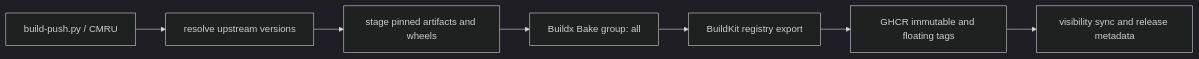
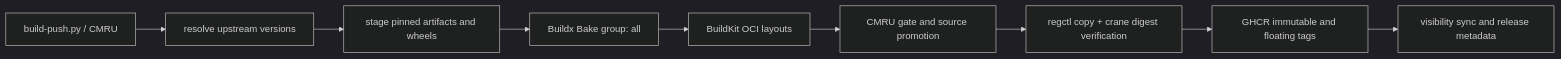
The first of 2 diagrams in modern-debian-tools-python-debug/docs/BUILD-ARCHITECTURE.md (volkb79-2/vbpub), drawn with Mermaid (dark theme) before and after one commit. The commit also changed other lines of this file and 4 other files, not shown here.

Commit message:
fix(mdt): publish load-flow OCI layouts after gate

````diff
--- a/modern-debian-tools-python-debug/docs/BUILD-ARCHITECTURE.md
+++ b/modern-debian-tools-python-debug/docs/BUILD-ARCHITECTURE.md
@@ -22,9 +24,11 @@
 ```mermaid
 flowchart LR
     A[build-push.py / CMRU] --> B[resolve upstream versions]
     B --> C[stage pinned artifacts and wheels]
     C --> D[Buildx Bake group: all]
-    D --> E[BuildKit registry export]
-    E --> H[GHCR immutable and floating tags]
+    D --> E[BuildKit OCI layouts]
+    E --> F[CMRU gate and source promotion]
+    F --> G[regctl copy + crane digest verification]
+    G --> H[GHCR immutable and floating tags]
     H --> I[visibility sync and release metadata]
 ```
````
